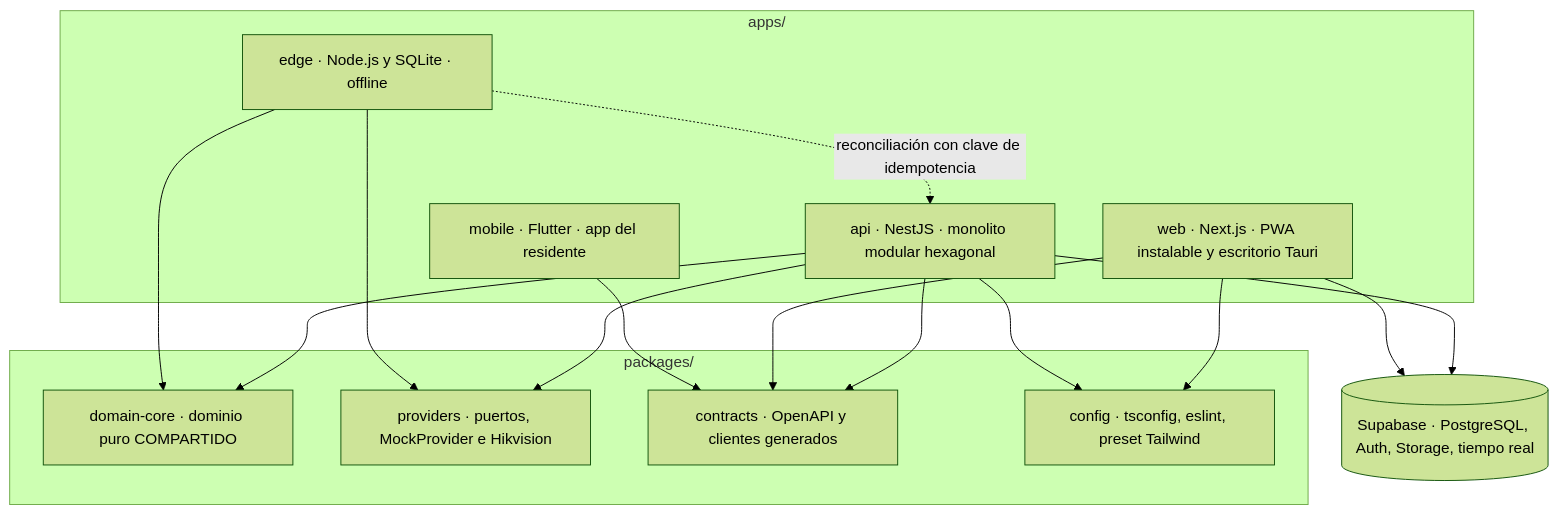
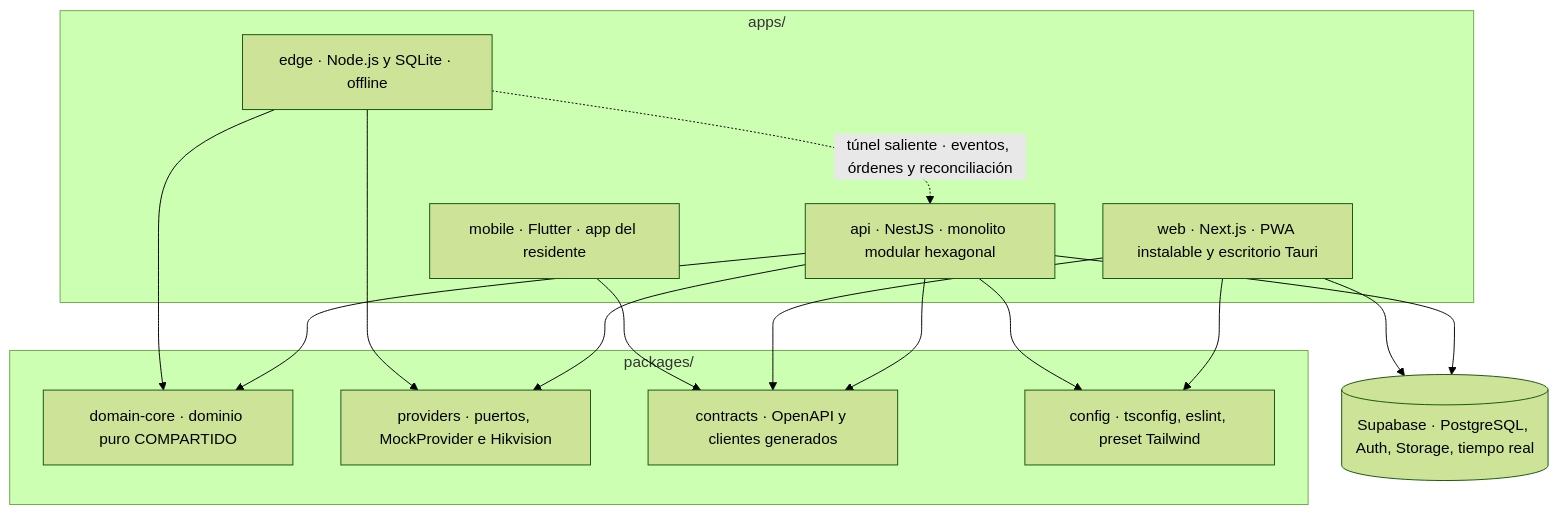
The third of 4 diagrams in README.md (4rg3n15/NextResidential), drawn with Mermaid (forest theme) before and after one commit. The commit also changed other lines of this file and 17 other files, not shown here.

````diff
--- a/README.md
+++ b/README.md
@@ -196,28 +207,28 @@
 ```mermaid
 flowchart TB
   subgraph apps["apps/"]
     API["api · NestJS · monolito modular hexagonal"]
     WEB["web · Next.js · PWA instalable y escritorio Tauri"]
     MOV["mobile · Flutter · app del residente"]
     EDGE["edge · Node.js y SQLite · offline"]
   end
   subgraph pkgs["packages/"]
     DC["domain-core · dominio puro COMPARTIDO"]
     PR["providers · puertos, MockProvider e Hikvision"]
     CT["contracts · OpenAPI y clientes generados"]
     CF["config · tsconfig, eslint, preset Tailwind"]
   end
   SB[("Supabase · PostgreSQL, Auth, Storage, tiempo real")]
   API --> DC
   EDGE --> DC
   API --> PR
   EDGE --> PR
   API --> CT
   WEB --> CT
   MOV --> CT
   WEB --> CF
   API --> SB
   WEB --> SB
   API --> CF
-  EDGE -. "reconciliación con clave de idempotencia" .-> API
+  EDGE -. "túnel saliente · eventos, órdenes y reconciliación" .-> API
 ```
````
